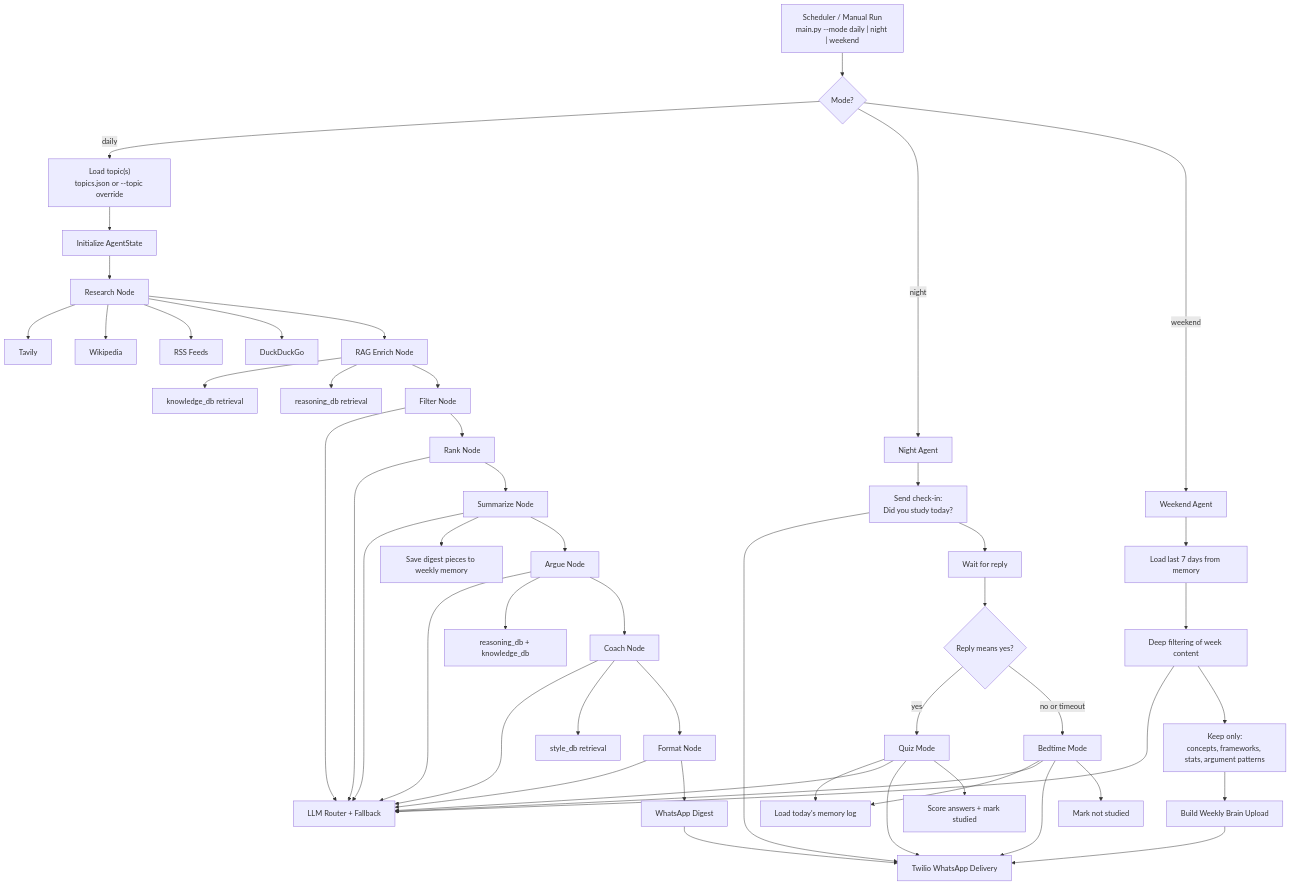
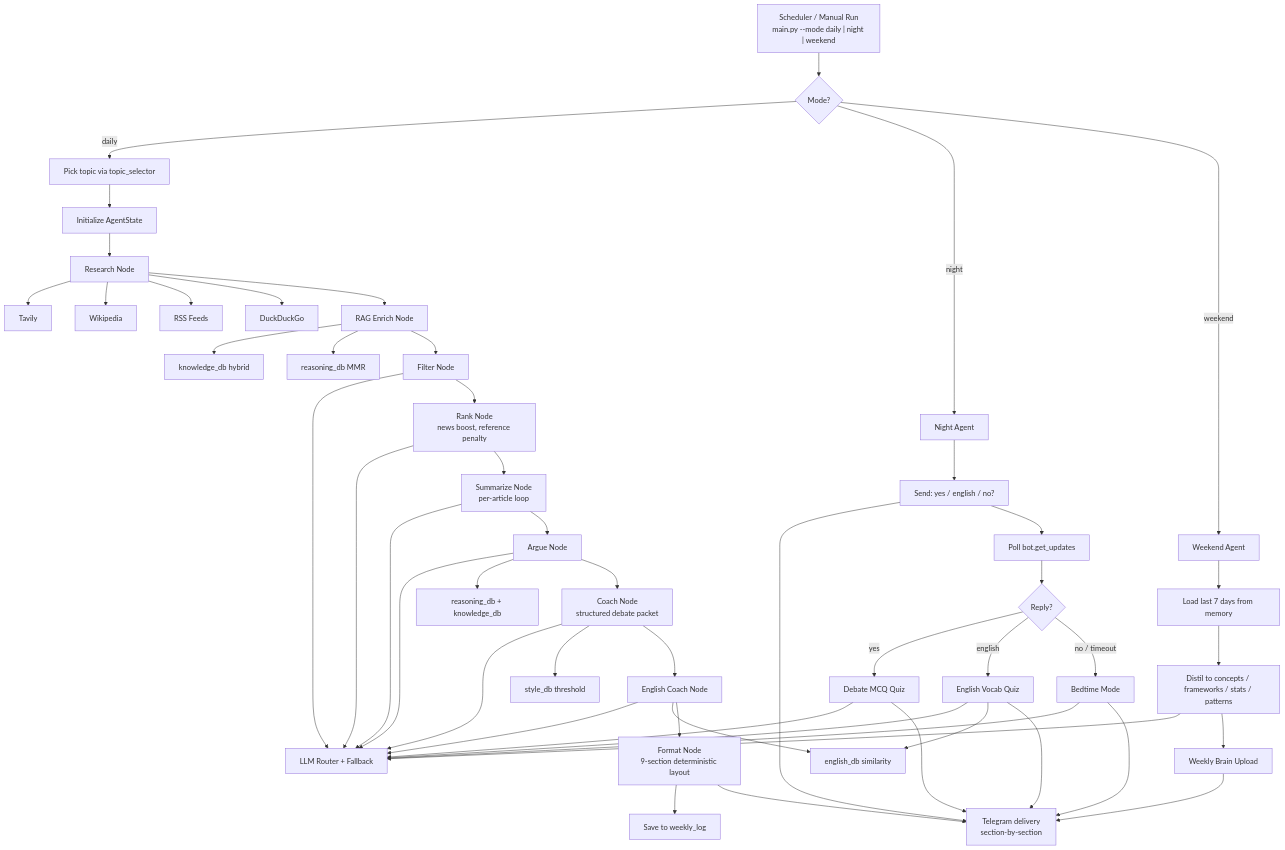
Before and after one commit to mobi2400/Debating-coach: the diagram in README.md, drawn with Mermaid. The commit also changed other lines of this file, not shown here.

````diff
--- a/README.md
+++ b/README.md
@@ -326,66 +341,67 @@
 ```mermaid
 flowchart TD
     A["Scheduler / Manual Run<br/>main.py --mode daily | night | weekend"] --> B{"Mode?"}
 
-    B -->|daily| D1["Load topic(s)<br/>topics.json or --topic override"]
+    B -->|daily| D1["Pick topic via topic_selector"]
     B -->|night| N1["Night Agent"]
     B -->|weekend| W1["Weekend Agent"]
 
     D1 --> D2["Initialize AgentState"]
     D2 --> D3["Research Node"]
     D3 --> T1["Tavily"]
     D3 --> T2["Wikipedia"]
     D3 --> T3["RSS Feeds"]
     D3 --> T4["DuckDuckGo"]
 
     D3 --> D4["RAG Enrich Node"]
-    D4 --> K1["knowledge_db retrieval"]
-    D4 --> K2["reasoning_db retrieval"]
+    D4 --> K1["knowledge_db hybrid"]
+    D4 --> K2["reasoning_db MMR"]
 
     D4 --> D5["Filter Node"]
     D5 --> R1["LLM Router + Fallback"]
 
-    D5 --> D6["Rank Node"]
+    D5 --> D6["Rank Node<br/>news boost, reference penalty"]
     D6 --> R1
 
-    D6 --> D7["Summarize Node"]
+    D6 --> D7["Summarize Node<br/>per-article loop"]
     D7 --> R1
-    D7 --> M1["Save digest pieces to weekly memory"]
 
     D7 --> D8["Argue Node"]
     D8 --> R1
     D8 --> G1["reasoning_db + knowledge_db"]
 
-    D8 --> D9["Coach Node"]
+    D8 --> D9["Coach Node<br/>structured debate packet"]
     D9 --> R1
-    D9 --> S1["style_db retrieval"]
+    D9 --> S1["style_db threshold"]
 
-    D9 --> D10["Format Node"]
+    D9 --> D10["English Coach Node"]
     D10 --> R1
-    D10 --> D11["WhatsApp Digest"]
-    D11 --> WA["Twilio WhatsApp Delivery"]
+    D10 --> E1["english_db similarity"]
 
-    N1 --> N2["Send check-in:<br/>Did you study today?"]
+    D10 --> D11["Format Node<br/>9-section deterministic layout"]
+    D11 --> M1["Save to weekly_log"]
+    D11 --> WA["Telegram delivery<br/>section-by-section"]
+
+    N1 --> N2["Send: yes / english / no?"]
     N2 --> WA
-    N2 --> N3["Wait for reply"]
+    N2 --> N3["Poll bot.get_updates"]
 
-    N3 --> Q{"Reply means yes?"}
-    Q -->|yes| N4["Quiz Mode"]
-    N4 --> L1["Load today's memory log"]
+    N3 --> Q{"Reply?"}
+    Q -->|yes| N4["Debate MCQ Quiz"]
+    Q -->|english| EQ["English Vocab Quiz"]
+    Q -->|no / timeout| N6["Bedtime Mode"]
+
     N4 --> R1
     N4 --> WA
-    N4 --> N5["Score answers + mark studied"]
-
-    Q -->|no or timeout| N6["Bedtime Mode"]
-    N6 --> L1
+    EQ --> R1
+    EQ --> E1
+    EQ --> WA
     N6 --> R1
     N6 --> WA
-    N6 --> N7["Mark not studied"]
 
     W1 --> W2["Load last 7 days from memory"]
-    W2 --> W3["Deep filtering of week content"]
+    W2 --> W3["Distil to concepts / frameworks / stats / patterns"]
     W3 --> R1
-    W3 --> W4["Keep only:<br/>concepts, frameworks, stats, argument patterns"]
-    W4 --> W5["Build Weekly Brain Upload"]
+    W3 --> W5["Weekly Brain Upload"]
     W5 --> WA
 ```
````
